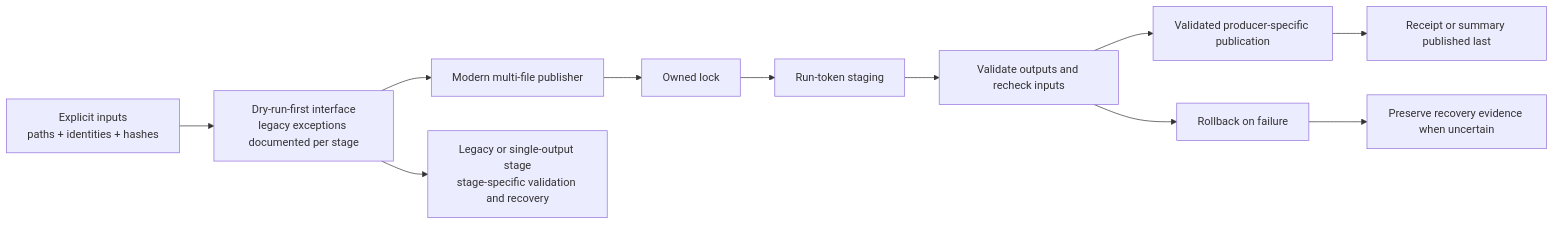
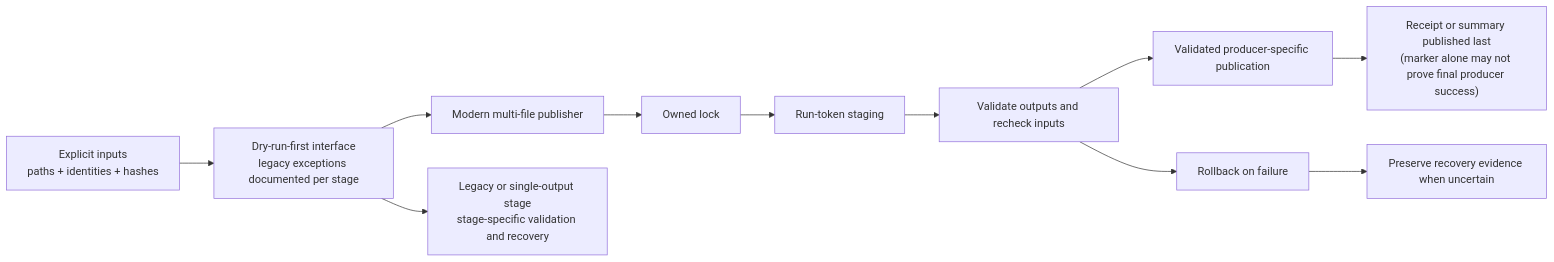
Before and after one commit to lab-cats/EMRYS: the diagram in docs/architecture/diagrams/reliability.mmd, drawn with Mermaid. The commit also changed 15 other files, not shown here.

```diff
--- a/docs/architecture/diagrams/reliability.mmd
+++ b/docs/architecture/diagrams/reliability.mmd
@@ -1,11 +1,11 @@
 flowchart LR
     inputs["Explicit inputs<br/>paths + identities + hashes"] --> dryrun["Dry-run-first interface<br/>legacy exceptions documented per stage"]
     dryrun --> modern["Modern multi-file publisher"]
     dryrun --> legacy["Legacy or single-output stage<br/>stage-specific validation and recovery"]
     modern --> lock["Owned lock"]
     lock --> stage["Run-token staging"]
     stage --> validate["Validate outputs and recheck inputs"]
     validate --> publish["Validated producer-specific publication"]
-    publish --> marker["Receipt or summary published last"]
+    publish --> marker["Receipt or summary published last<br/>(marker alone may not prove final producer success)"]
     validate --> rollback["Rollback on failure"]
     rollback --> recovery["Preserve recovery evidence when uncertain"]
```
